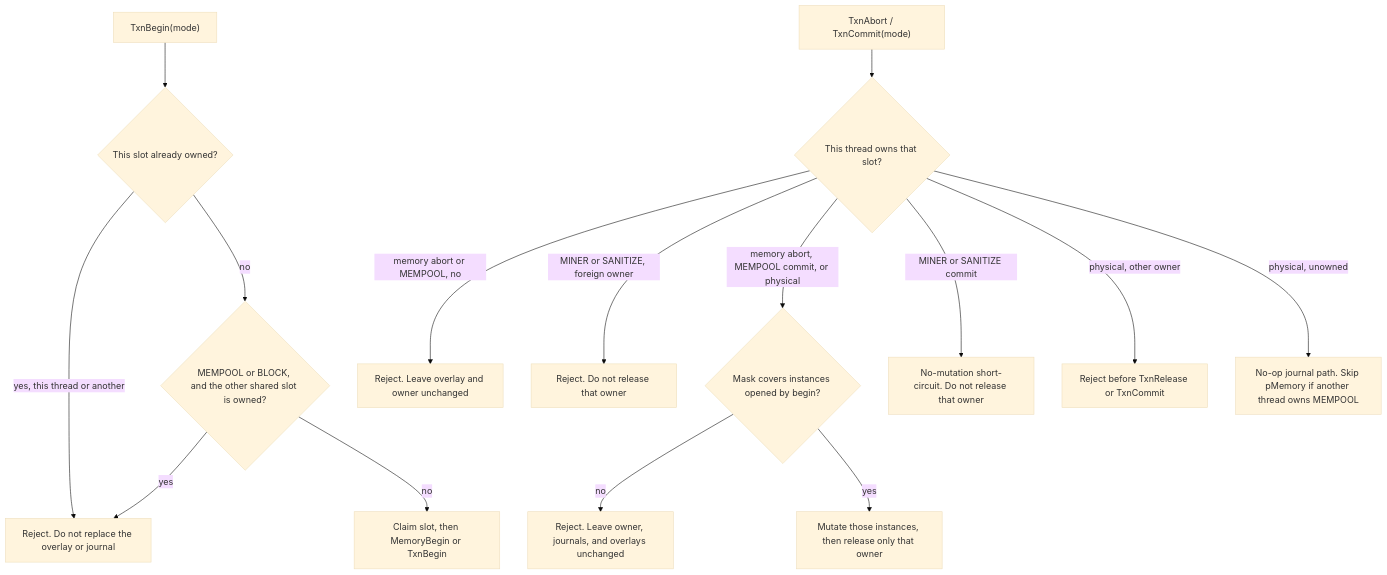
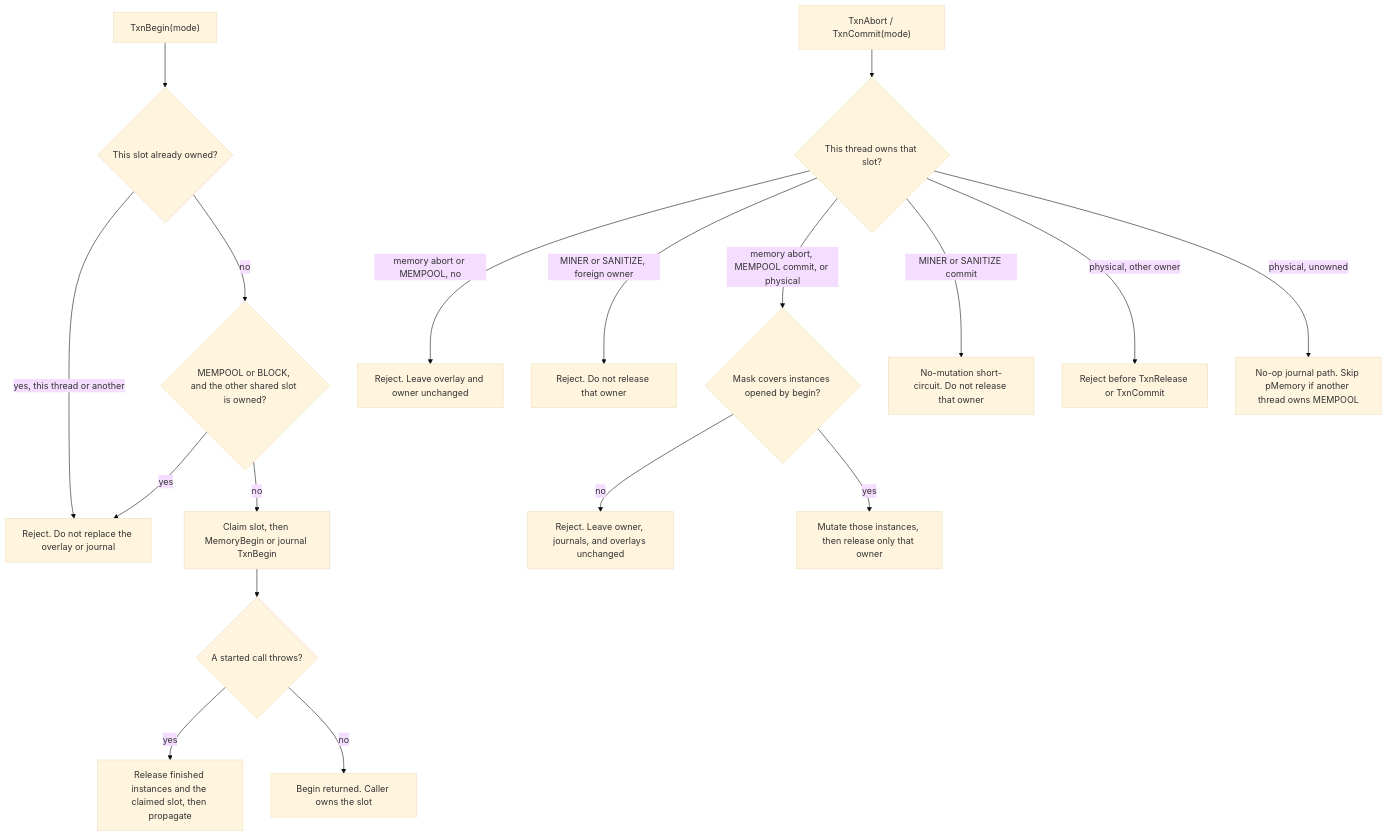
The diagram in docs/diagrams/architecture/lld-global-transactions.md (NamecoinGithub/LLL-TAO), drawn with Mermaid (base theme) before and after one commit. The commit also changed other lines of this file and 13 other files, not shown here.

````diff
--- a/docs/diagrams/architecture/lld-global-transactions.md
+++ b/docs/diagrams/architecture/lld-global-transactions.md
@@ -9,18 +9,21 @@
 ```mermaid
 flowchart TD
     A["TxnBegin(mode)"] --> B{"This slot already owned?"}
     B -->|yes, this thread or another| C["Reject. Do not replace the overlay or journal"]
     B -->|no| S{"MEMPOOL or BLOCK, and the other shared slot is owned?"}
     S -->|yes| C
-    S -->|no| D["Claim slot, then MemoryBegin or TxnBegin"]
+    S -->|no| D["Claim slot, then MemoryBegin or journal TxnBegin"]
+    D --> Q{"A started call throws?"}
+    Q -->|yes| R["Release finished instances and the claimed slot, then propagate"]
+    Q -->|no| T["Begin returned. Caller owns the slot"]
 
     E["TxnAbort / TxnCommit(mode)"] --> F{"This thread owns that slot?"}
     F -->|memory abort or MEMPOOL, no| G["Reject. Leave overlay and owner unchanged"]
     F -->|MINER or SANITIZE, foreign owner| K["Reject. Do not release that owner"]
     F -->|memory abort, MEMPOOL commit, or physical| M{"Mask covers instances opened by begin?"}
     M -->|no| N["Reject. Leave owner, journals, and overlays unchanged"]
     M -->|yes| H["Mutate those instances, then release only that owner"]
     F -->|MINER or SANITIZE commit| P["No-mutation short-circuit. Do not release that owner"]
     F -->|physical, other owner| I["Reject before TxnRelease or TxnCommit"]
     F -->|physical, unowned| J["No-op journal path. Skip pMemory if another thread owns MEMPOOL"]
 ```
````
